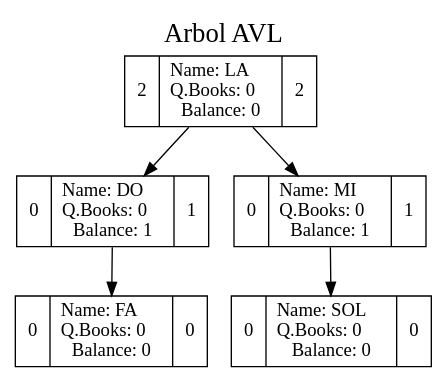
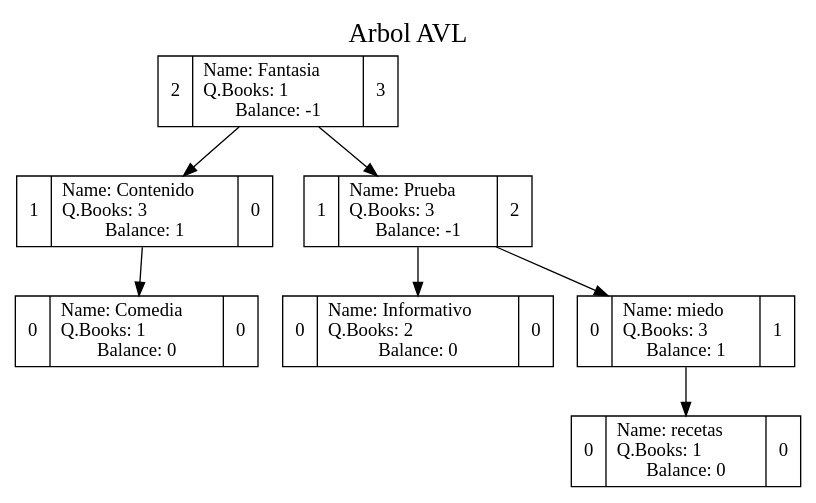
The diagram in EDD_Proyecto2/AVLTree.dot (elJuanjoRamos/EDD_1S2020_PY2_201801262), drawn with Graphviz before and after one commit. The commit also changed 89 other files, not shown here.

```diff
--- a/EDD_Proyecto2/AVLTree.dot
+++ b/EDD_Proyecto2/AVLTree.dot
@@ -1,13 +1,17 @@
 digraph grafica{
 rankdir=TB;graph[label="Arbol AVL", labelloc=t, fontsize=20, compound=true]
 node [shape = record, style=filled, fillcolor=white];
-nodo1 [ label ="2|Name: LA\lQ.Books: 0\lBalance: 0|2"];
-nodo3 [ label ="0|Name: DO\lQ.Books: 0\lBalance: 1|1"];
-nodo4 [ label ="0|Name: FA\lQ.Books: 0\lBalance: 0|0"];
-nodo3->nodo4
-nodo1->nodo3
-nodo2 [ label ="0|Name: MI\lQ.Books: 0\lBalance: 1|1"];
-nodo5 [ label ="0|Name: SOL\lQ.Books: 0\lBalance: 0|0"];
+nodo3 [ label ="2|Name: Fantasia\lQ.Books: 1\lBalance: -1|3"];
+nodo1 [ label ="1|Name: Contenido\lQ.Books: 3\lBalance: 1|0"];
+nodo6 [ label ="0|Name: Comedia\lQ.Books: 1\lBalance: 0|0"];
+nodo1->nodo6
+nodo3->nodo1
+nodo2 [ label ="1|Name: Prueba\lQ.Books: 3\lBalance: -1|2"];
+nodo4 [ label ="0|Name: Informativo\lQ.Books: 2\lBalance: 0|0"];
+nodo2->nodo4
+nodo5 [ label ="0|Name: miedo\lQ.Books: 3\lBalance: 1|1"];
+nodo7 [ label ="0|Name: recetas\lQ.Books: 1\lBalance: 0|0"];
+nodo5->nodo7
 nodo2->nodo5
-nodo1->nodo2
+nodo3->nodo2
 }
```
